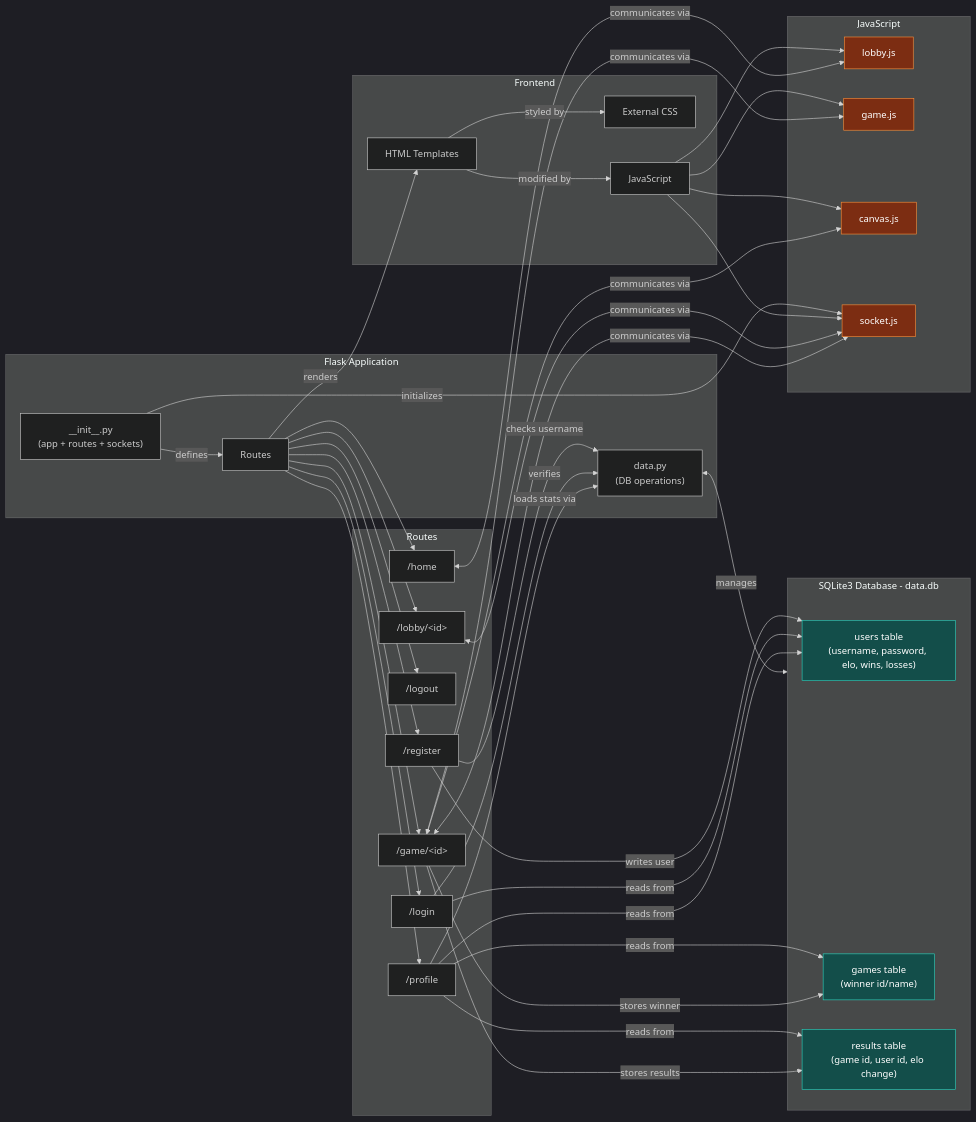
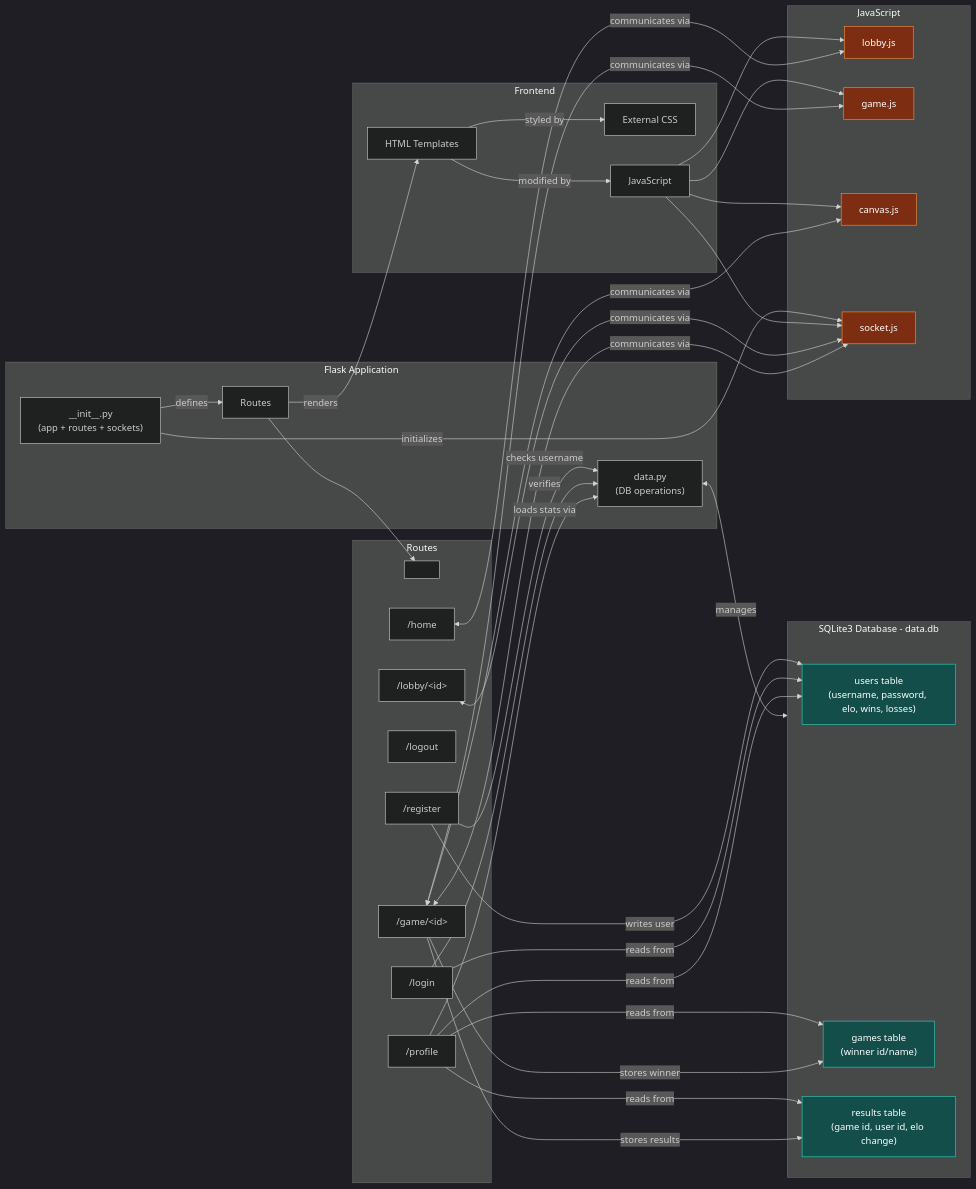
One commit to SadgeCat/CopyrightedArtist changed the first of 2 diagrams in design.md. Above: the diagram before and after it, drawn with Mermaid.

Commit message:
add diagram kinda

````diff
--- a/design.md
+++ b/design.md
@@ -43,66 +43,67 @@
 ```mermaid
 ---
 config:
   theme: dark
 ---
 flowchart LR
  subgraph FlaskApp["Flask Application"]
         Init["__init__.py<br>(app + routes + sockets)"]
         Routes["Routes"]
         DataPy["data.py<br>(DB operations)"]
   end
  subgraph RoutesDetail["Routes"]
+        RouteAnchor[" "]
         Register["/register"]
         Login["/login"]
         Logout["/logout"]
         Home["/home"]
         Lobby["/lobby/&lt;id&gt;"]
         Game["/game/&lt;id&gt;"]
         Profile["/profile"]
   end
  subgraph Database["SQLite3 Database - data.db"]
         UsersTable["users table<br>(username, password, elo, wins, losses)"]
         GamesTable["games table<br>(winner id/name)"]
         ResultsTable["results table<br>(game id, user id, elo change)"]
   end
  subgraph Frontend["Frontend"]
         HTML["HTML Templates"]
         CSS["External CSS"]
         JS["JavaScript"]
   end
  subgraph JSModules["JavaScript"]
         LobbyJS["lobby.js"]
         GameJS["game.js"]
         CanvasJS["canvas.js"]
         SocketJS["socket.js"]
   end
     Init -- defines --> Routes
     Init -- initializes --> SocketJS
-    Routes --> Register & Login & Logout & Home & Lobby & Game & Profile
+    Routes --> RouteAnchor
     Register -- checks username --> DataPy
     Register -- writes user --> UsersTable
     Login -- verifies --> DataPy
     Login -- reads from --> UsersTable
     Profile -- loads stats via --> DataPy
     Profile -- reads from --> UsersTable & GamesTable & ResultsTable
     DataPy <-- manages --> Database
     Game -- stores winner --> GamesTable
     Game -- stores results --> ResultsTable
     Routes -- renders --> HTML
     HTML -- styled by --> CSS
     HTML -- modified by --> JS
     JS --> LobbyJS & GameJS & CanvasJS & SocketJS
     Home <-- communicates via --> LobbyJS
     Lobby <-- communicates via --> SocketJS
     Game <-- communicates via --> GameJS & CanvasJS & SocketJS
 
      UsersTable:::dbNode
      GamesTable:::dbNode
      ResultsTable:::dbNode
      LobbyJS:::jsNode
      GameJS:::jsNode
      CanvasJS:::jsNode
      SocketJS:::jsNode
     classDef dbNode fill:#134e4a,stroke:#2dd4bf,color:#ffffff
     classDef jsNode fill:#7c2d12,stroke:#fb923c,color:#ffffff
 ```
````
